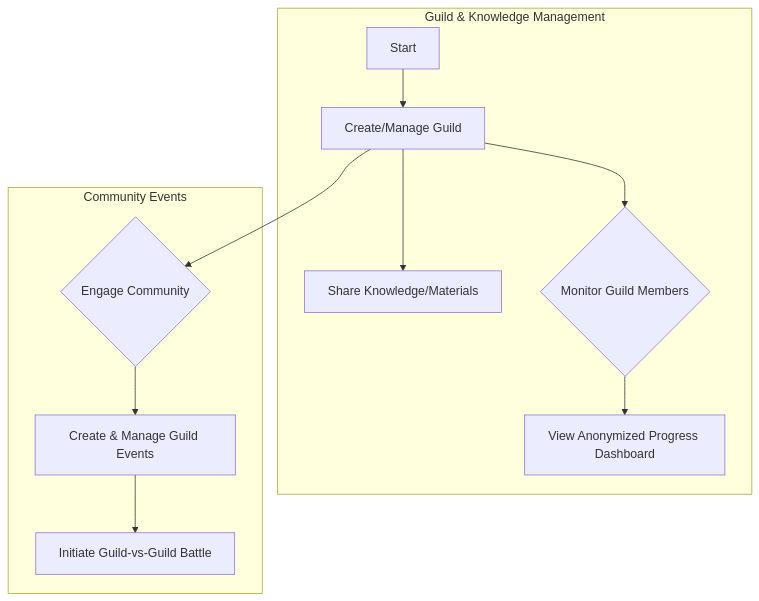
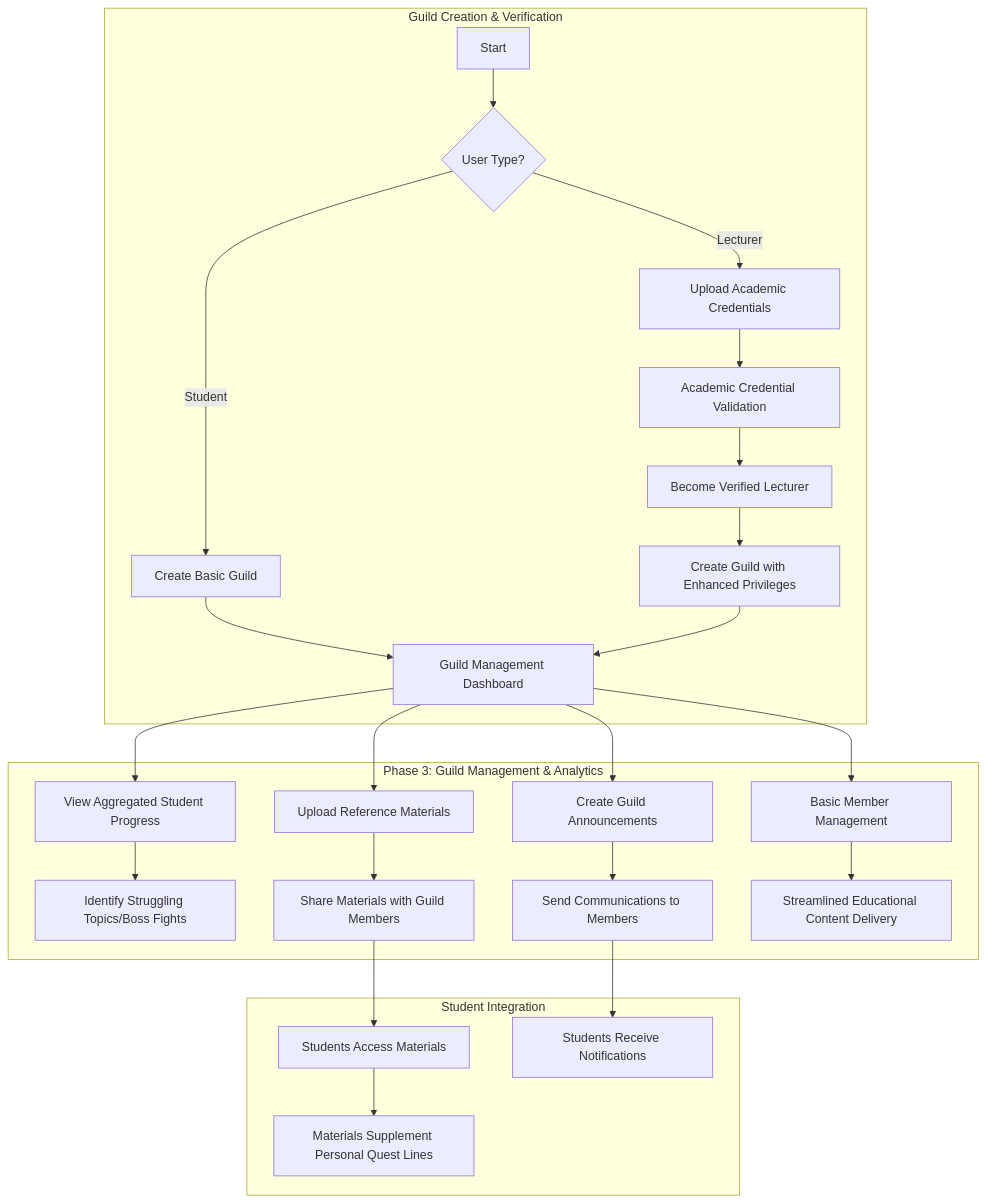
Before and after one commit to FA25SE050-RogueLearn/RogueLearn.BMAD.Documentation: the second of 4 diagrams in docs/prd/user-flows.md, drawn with Mermaid. The commit also changed other lines of this file, not shown here.

Commit message:
feat: update user-flows

````diff
--- a/docs/prd/user-flows.md
+++ b/docs/prd/user-flows.md
@@ -57,15 +90,30 @@
 ```mermaid
 graph TD
-    subgraph "Guild & Knowledge Management"
-        A[Start] --> B[Create/Manage Guild];
-        B --> C[Share Knowledge/Materials];
-        B --> D{Monitor Guild Members};
-        D --> E[View Anonymized Progress Dashboard];
+    subgraph "Guild Creation & Verification"
+        A[Start] --> B{User Type?};
+        B -- Student --> C[Create Basic Guild];
+        B -- Lecturer --> D[Upload Academic Credentials];
+        D --> E[Academic Credential Validation];
+        E --> F[Become Verified Lecturer];
+        F --> G[Create Guild with Enhanced Privileges];
+        C --> H[Guild Management Dashboard];
+        G --> H;
     end
 
-    subgraph "Community Events"
-        B --> L{Engage Community};
-        L --> M[Create & Manage Guild Events];
-        M --> N[Initiate Guild-vs-Guild Battle];
+    subgraph "Phase 3: Guild Management & Analytics"
+        H --> I[View Aggregated Student Progress];
+        I --> J[Identify Struggling Topics/Boss Fights];
+        H --> K[Upload Reference Materials];
+        K --> L[Share Materials with Guild Members];
+        H --> M[Create Guild Announcements];
+        M --> N[Send Communications to Members];
+        H --> O[Basic Member Management];
+        O --> P[Streamlined Educational Content Delivery];
+    end
+
+    subgraph "Student Integration"
+        L --> Q[Students Access Materials];
+        Q --> R[Materials Supplement Personal Quest Lines];
+        N --> S[Students Receive Notifications];
     end
 ```
````
